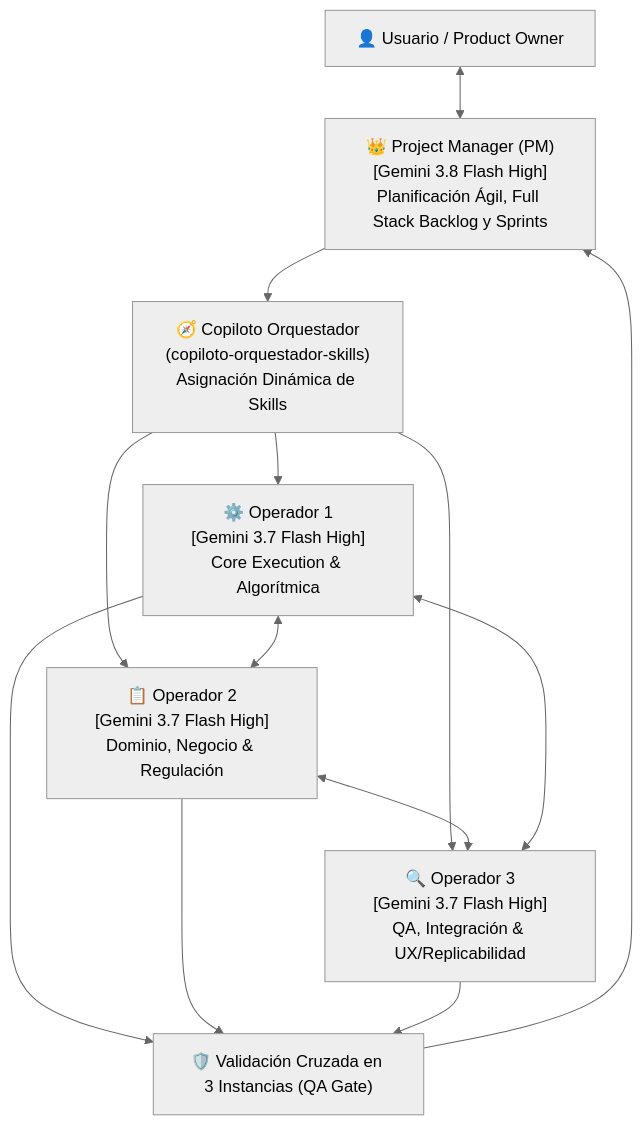
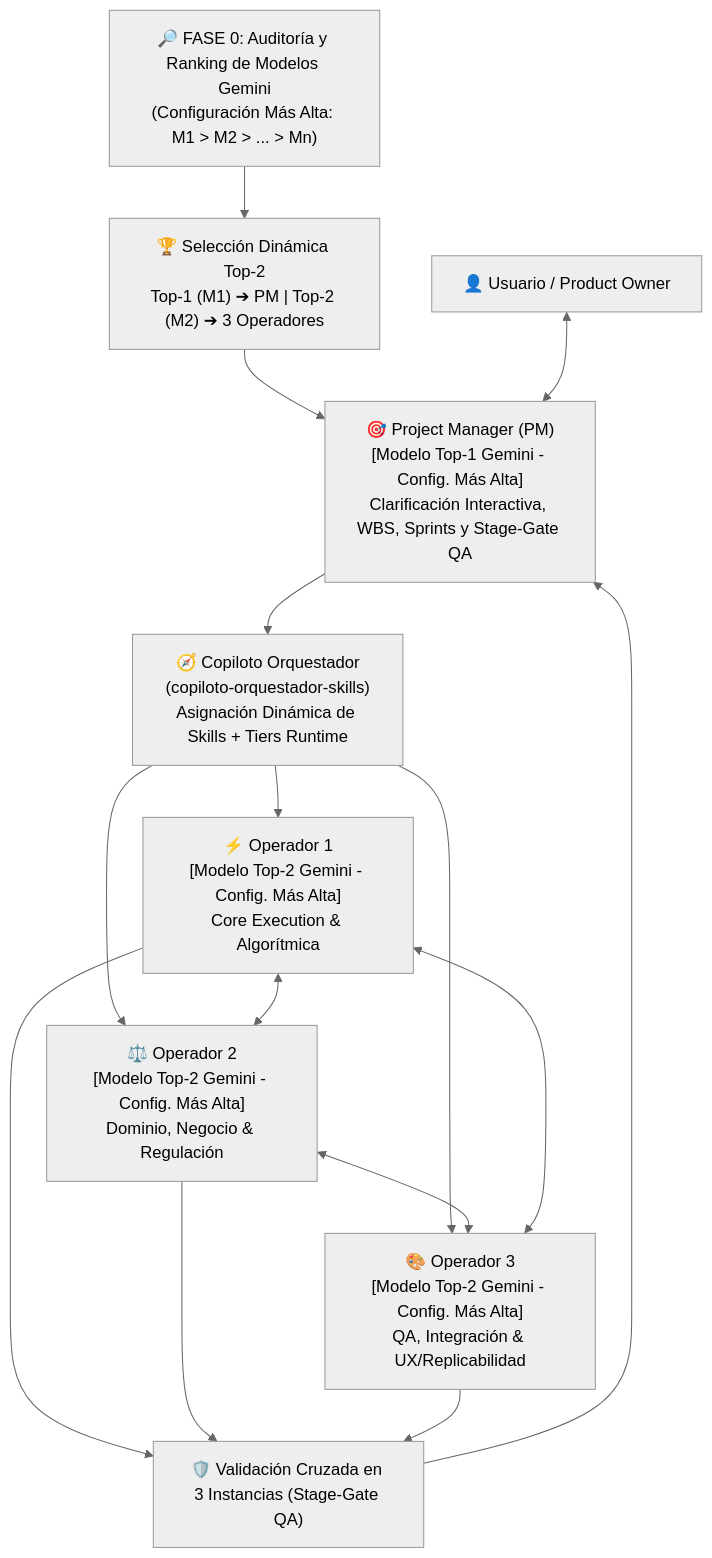
One commit to inventarioenergycpy/antigravity-agents-repository changed the first of 3 diagrams in docs/Protocolo-Arquitectura-Multi-Agente-PM-Operadores.md. Above: the diagram before and after it, drawn with Mermaid (neutral theme). The commit also changed other lines of this file and 15 other files, not shown here.

Commit message:
feat(squad): adaptabilidad multi-generacional con ranking y seleccion dinamica Top-2 de modelos Gemini

````diff
--- a/docs/Protocolo-Arquitectura-Multi-Agente-PM-Operadores.md
+++ b/docs/Protocolo-Arquitectura-Multi-Agente-PM-Operadores.md
@@ -24,17 +29,20 @@
 ```mermaid
 graph TD
-    User["👤 Usuario / Product Owner"] <--> PM["👑 Project Manager (PM)\n[Gemini 3.8 Flash High]\nPlanificación Ágil, Full Stack Backlog y Sprints"]
+    Audit["🔎 FASE 0: Auditoría y Ranking de Modelos Gemini\n(Configuración Más Alta: M1 > M2 > ... > Mn)"] --> SelectTop2["🏆 Selección Dinámica Top-2\nTop-1 (M1) ➔ PM | Top-2 (M2) ➔ 3 Operadores"]
+    SelectTop2 --> PM
     
-    PM --> Orquestador["🧭 Copiloto Orquestador\n(copiloto-orquestador-skills)\nAsignación Dinámica de Skills"]
+    User["👤 Usuario / Product Owner"] <--> PM["🎯 Project Manager (PM)\n[Modelo Top-1 Gemini - Config. Más Alta]\nClarificación Interactiva, WBS, Sprints y Stage-Gate QA"]
     
-    Orquestador --> Op1["⚙️ Operador 1\n[Gemini 3.7 Flash High]\nCore Execution & Algorítmica"]
-    Orquestador --> Op2["📋 Operador 2\n[Gemini 3.7 Flash High]\nDominio, Negocio & Regulación"]
-    Orquestador --> Op3["🔍 Operador 3\n[Gemini 3.7 Flash High]\nQA, Integración & UX/Replicabilidad"]
+    PM --> Orquestador["🧭 Copiloto Orquestador\n(copiloto-orquestador-skills)\nAsignación Dinámica de Skills + Tiers Runtime"]
+    
+    Orquestador --> Op1["⚡ Operador 1\n[Modelo Top-2 Gemini - Config. Más Alta]\nCore Execution & Algorítmica"]
+    Orquestador --> Op2["⚖️ Operador 2\n[Modelo Top-2 Gemini - Config. Más Alta]\nDominio, Negocio & Regulación"]
+    Orquestador --> Op3["🎨 Operador 3\n[Modelo Top-2 Gemini - Config. Más Alta]\nQA, Integración & UX/Replicabilidad"]
     
     Op1 <--> Op2
     Op2 <--> Op3
     Op3 <--> Op1
     
-    Op1 & Op2 & Op3 --> TripleQA["🛡️ Validación Cruzada en 3 Instancias (QA Gate)"]
+    Op1 & Op2 & Op3 --> TripleQA["🛡️ Validación Cruzada en 3 Instancias (Stage-Gate QA)"]
     TripleQA --> PM
 ```
````
